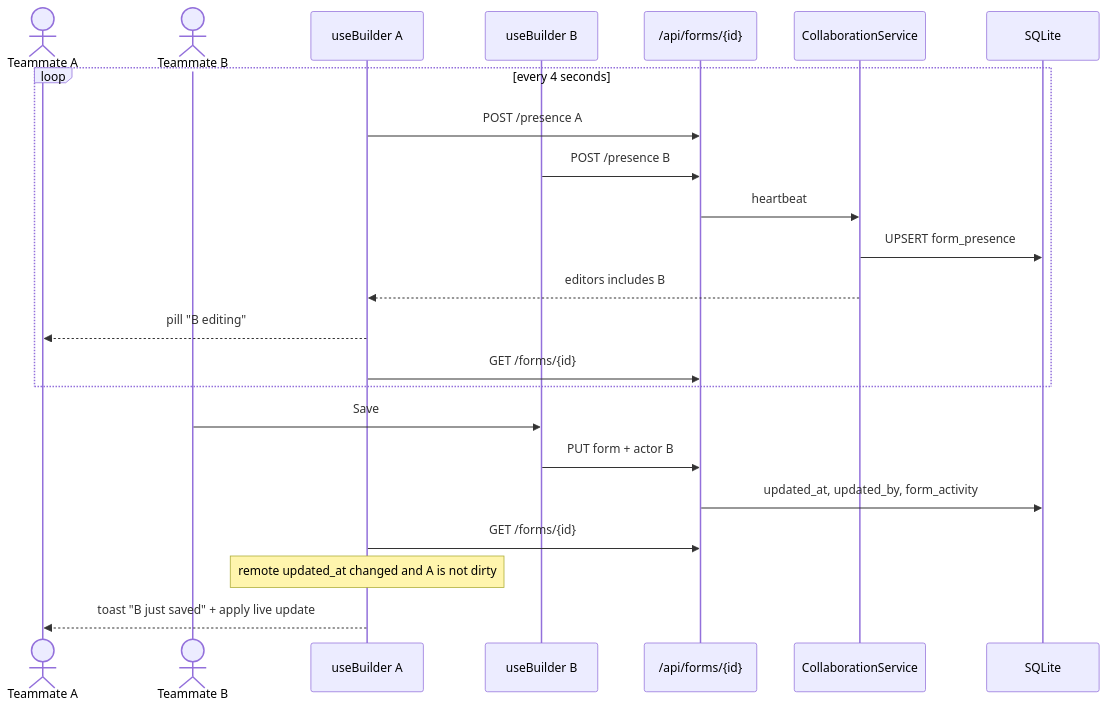
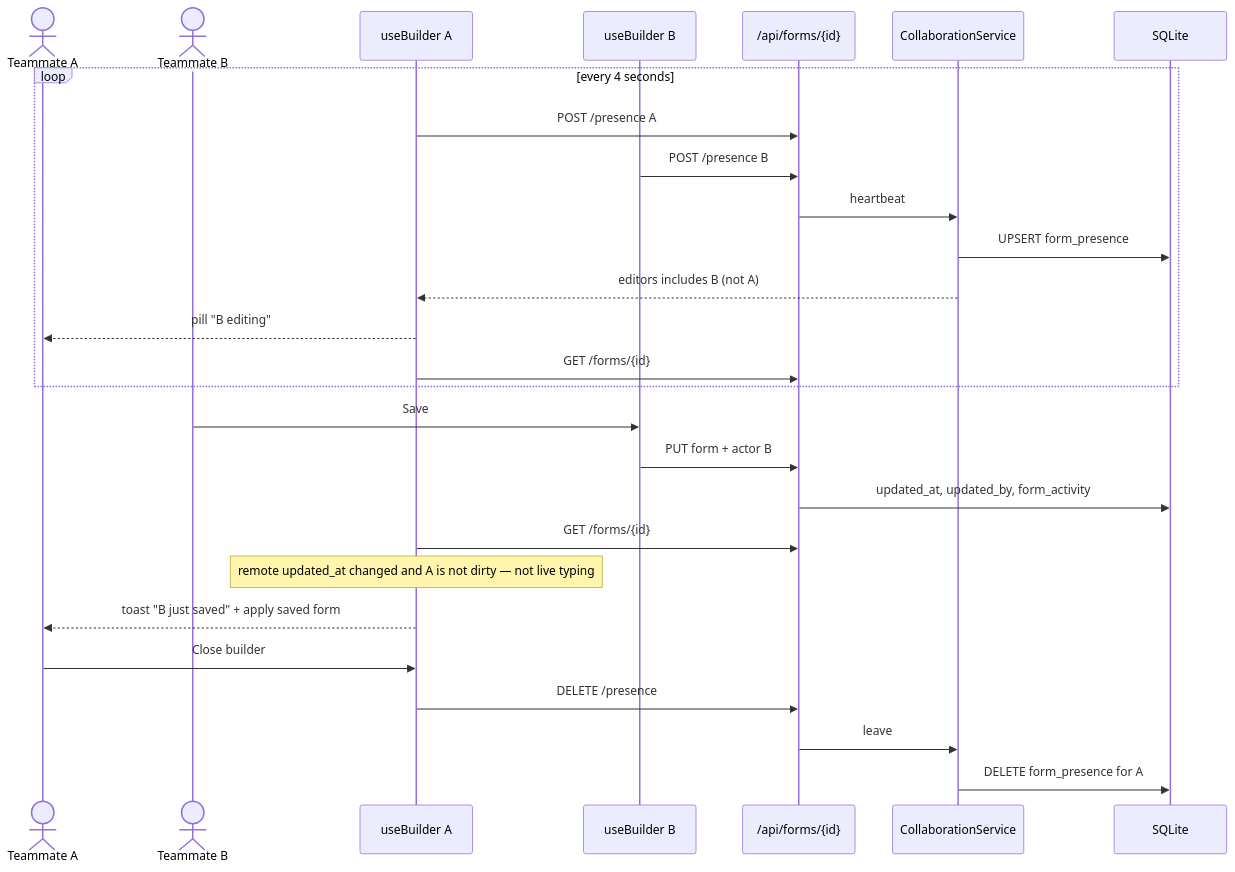
The second of 6 diagrams in docs/diagrams/sequence.md (ruthwikkakumani/formly), drawn with Mermaid before and after one commit. The commit also changed other lines of this file and 11 other files, not shown here.

````diff
--- a/docs/diagrams/sequence.md
+++ b/docs/diagrams/sequence.md
@@ -30,26 +30,30 @@
 ```mermaid
 sequenceDiagram
   actor A as Teammate A
   actor B as Teammate B
   participant BA as useBuilder A
   participant BB as useBuilder B
   participant API as /api/forms/{id}
   participant Collab as CollaborationService
   participant DB as SQLite
 
   loop every 4 seconds
     BA->>API: POST /presence A
     BB->>API: POST /presence B
     API->>Collab: heartbeat
     Collab->>DB: UPSERT form_presence
-    Collab-->>BA: editors includes B
+    Collab-->>BA: editors includes B (not A)
     BA-->>A: pill "B editing"
     BA->>API: GET /forms/{id}
   end
   B->>BB: Save
   BB->>API: PUT form + actor B
   API->>DB: updated_at, updated_by, form_activity
   BA->>API: GET /forms/{id}
-  Note over BA: remote updated_at changed and A is not dirty
-  BA-->>A: toast "B just saved" + apply live update
+  Note over BA: remote updated_at changed and A is not dirty — not live typing
+  BA-->>A: toast "B just saved" + apply saved form
+  A->>BA: Close builder
+  BA->>API: DELETE /presence
+  API->>Collab: leave
+  Collab->>DB: DELETE form_presence for A
 ```
````
